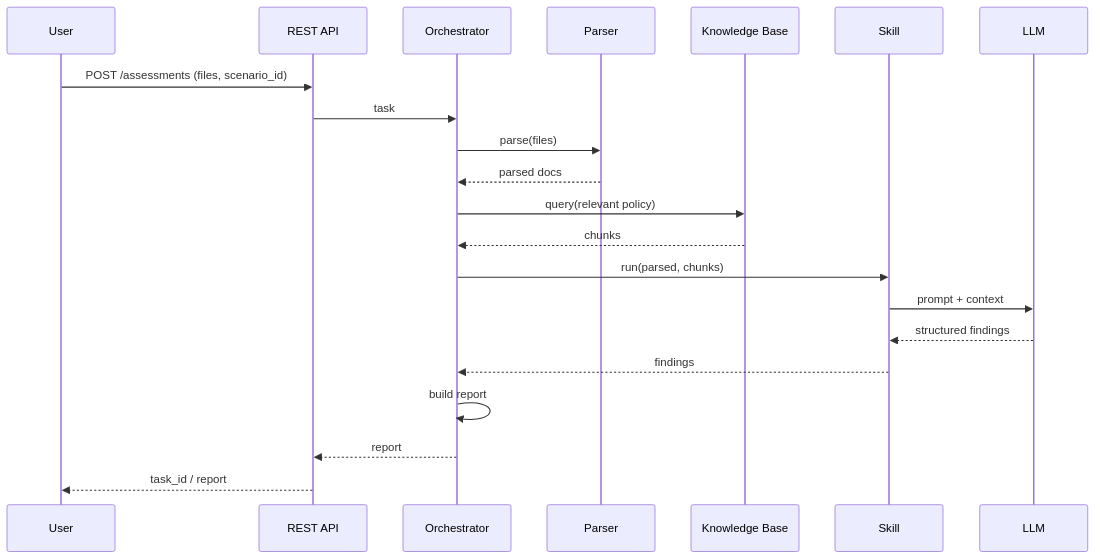
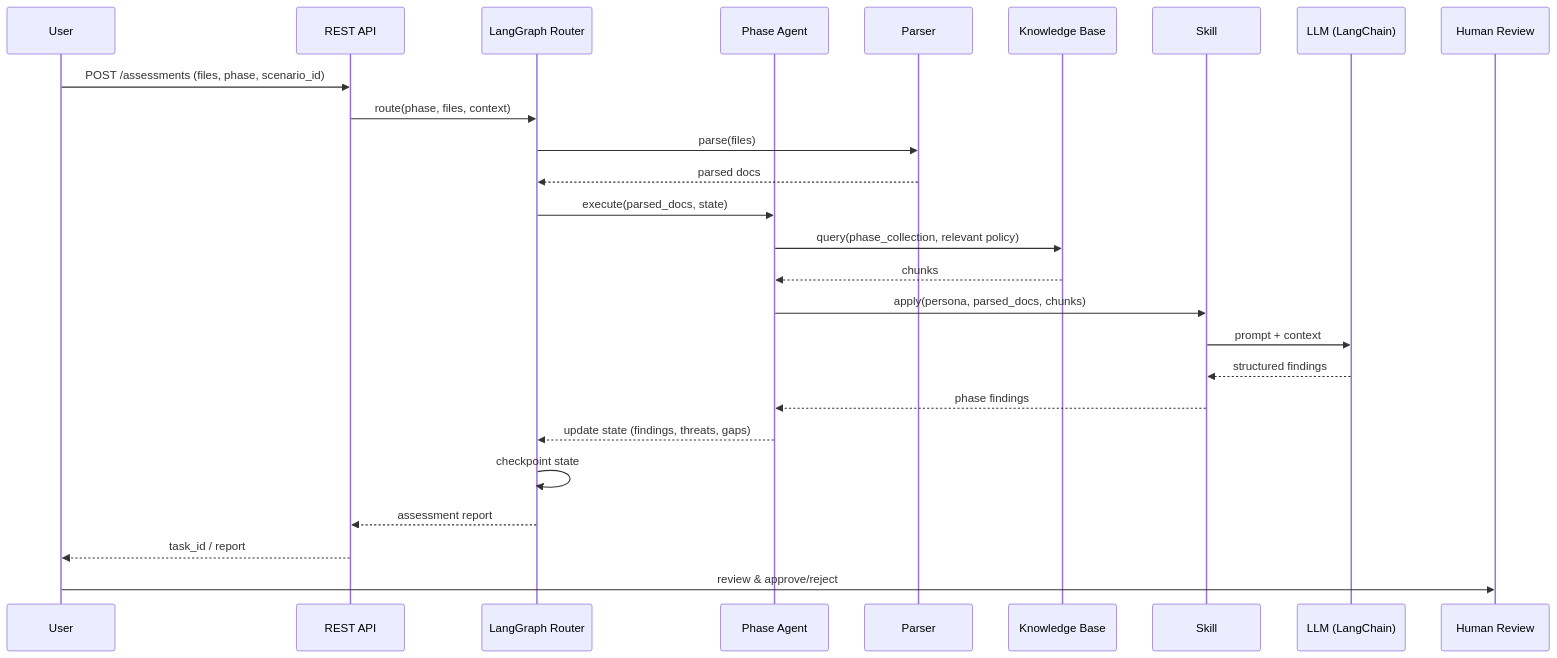
One commit to arthurpanhku/DocSentinel changed the fourth of 6 diagrams in ARCHITECTURE.md. Above: the diagram before and after it, drawn with Mermaid. The commit also changed other lines of this file and 9 other files, not shown here.

````diff
--- a/ARCHITECTURE.md
+++ b/ARCHITECTURE.md
@@ -159,24 +254,29 @@
 ```mermaid
 sequenceDiagram
     participant U as User
     participant API as REST API
-    participant Orch as Orchestrator
+    participant LG as LangGraph Router
+    participant Agent as Phase Agent
     participant Parser as Parser
     participant KB as Knowledge Base
     participant Skill as Skill
-    participant LLM as LLM
+    participant LLM as LLM (LangChain)
+    participant Review as Human Review
 
-    U->>API: POST /assessments (files, scenario_id)
-    API->>Orch: task
-    Orch->>Parser: parse(files)
-    Parser-->>Orch: parsed docs
-    Orch->>KB: query(relevant policy)
-    KB-->>Orch: chunks
-    Orch->>Skill: run(parsed, chunks)
+    U->>API: POST /assessments (files, phase, scenario_id)
+    API->>LG: route(phase, files, context)
+    LG->>Parser: parse(files)
+    Parser-->>LG: parsed docs
+    LG->>Agent: execute(parsed_docs, state)
+    Agent->>KB: query(phase_collection, relevant policy)
+    KB-->>Agent: chunks
+    Agent->>Skill: apply(persona, parsed_docs, chunks)
     Skill->>LLM: prompt + context
     LLM-->>Skill: structured findings
-    Skill-->>Orch: findings
-    Orch->>Orch: build report
-    Orch-->>API: report
+    Skill-->>Agent: phase findings
+    Agent-->>LG: update state (findings, threats, gaps)
+    LG->>LG: checkpoint state
+    LG-->>API: assessment report
     API-->>U: task_id / report
+    U->>Review: review & approve/reject
 ```
````
